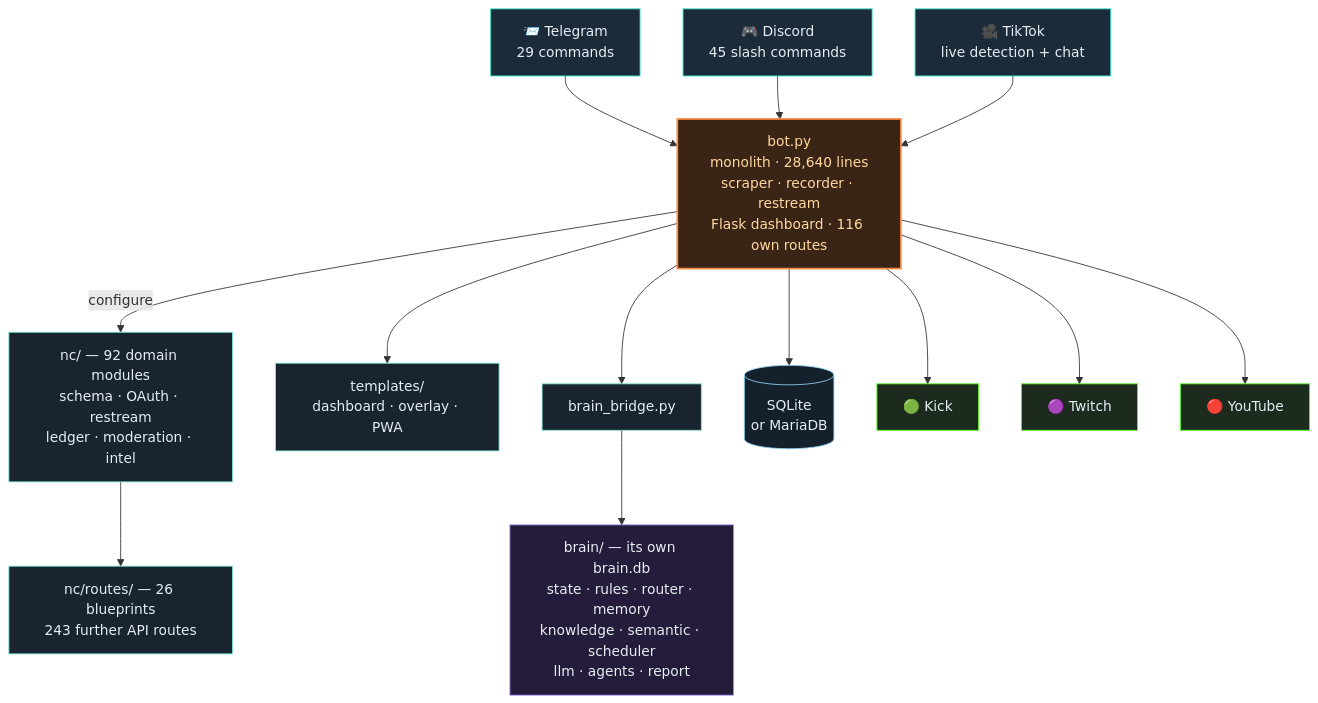
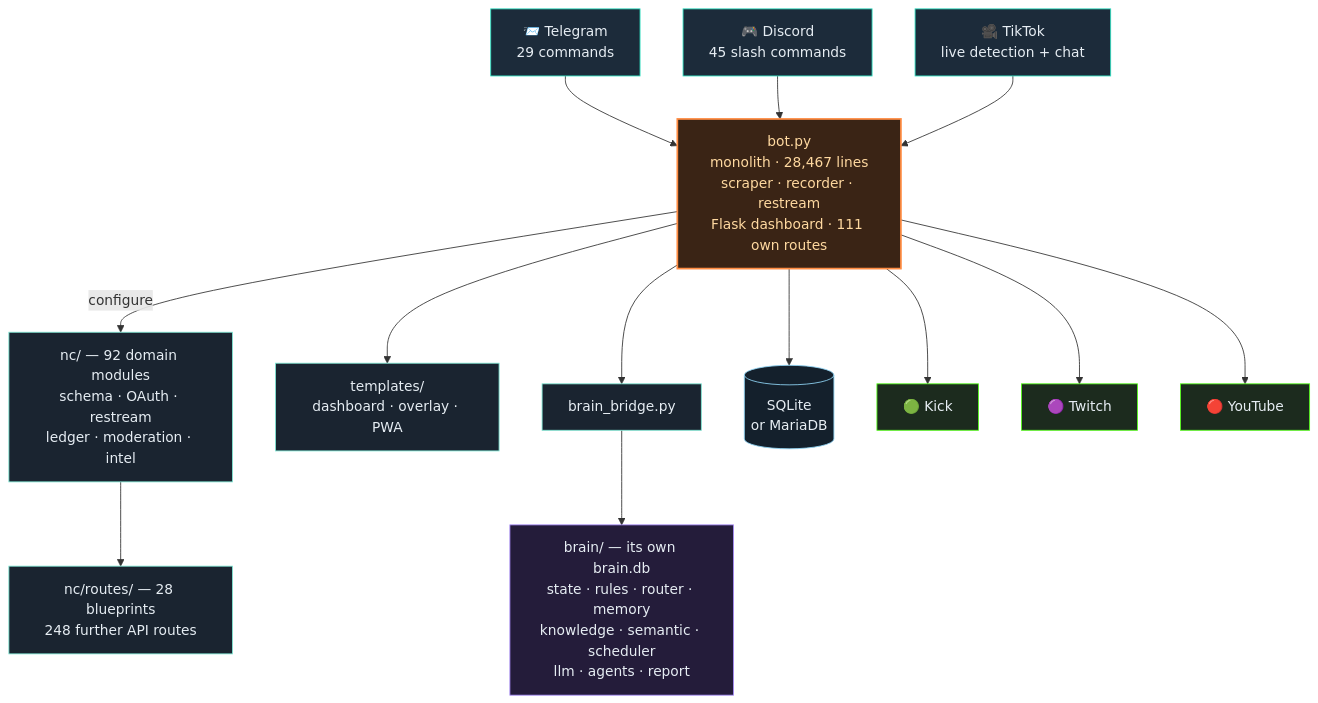
Before and after one commit to itsamemedev/Telegram-Stream-Info-Bot: the third of 4 diagrams in README.en.md, drawn with Mermaid. The commit also changed other lines of this file and 39 other files, not shown here.

````diff
--- a/README.en.md
+++ b/README.en.md
@@ -190,30 +190,30 @@
 ```mermaid
 flowchart TB
     TG["📨 Telegram<br/>29 commands"]:::ein
     DC["🎮 Discord<br/>45 slash commands"]:::ein
     TT["🎥 TikTok<br/>live detection + chat"]:::ein
 
     TG --> BOT
     DC --> BOT
     TT --> BOT
 
-    BOT["bot.py<br/>monolith · 28,640 lines<br/>scraper · recorder · restream<br/>Flask dashboard · 116 own routes"]:::core
+    BOT["bot.py<br/>monolith · 28,467 lines<br/>scraper · recorder · restream<br/>Flask dashboard · 111 own routes"]:::core
 
     BOT -->|configure| NC["nc/ — 92 domain modules<br/>schema · OAuth · restream<br/>ledger · moderation · intel"]:::lib
-    NC --> RT["nc/routes/ — 26 blueprints<br/>243 further API routes"]:::lib
+    NC --> RT["nc/routes/ — 28 blueprints<br/>248 further API routes"]:::lib
     BOT --> TPL["templates/<br/>dashboard · overlay · PWA"]:::lib
     BOT --> BR["brain_bridge.py"]:::lib
     BR --> BRAIN["brain/ — its own brain.db<br/>state · rules · router · memory<br/>knowledge · semantic · scheduler<br/>llm · agents · report"]:::brain
     BOT --> DB[("SQLite<br/>or MariaDB")]:::db
 
     BOT --> KICK["🟢 Kick"]:::out
     BOT --> TW["🟣 Twitch"]:::out
     BOT --> YT["🔴 YouTube"]:::out
 
     classDef ein fill:#1c2b3a,stroke:#2de1c2,color:#e6edf3
     classDef core fill:#3a2415,stroke:#ff8c42,stroke-width:2px,color:#ffd9a0
     classDef lib fill:#1a2430,stroke:#7fe7d4,color:#e6edf3
     classDef brain fill:#241c3a,stroke:#a78bfa,color:#e6edf3
     classDef db fill:#14202c,stroke:#8fd3f4,color:#e6edf3
     classDef out fill:#1c2b1e,stroke:#53fc18,color:#e6edf3
 ```
````
